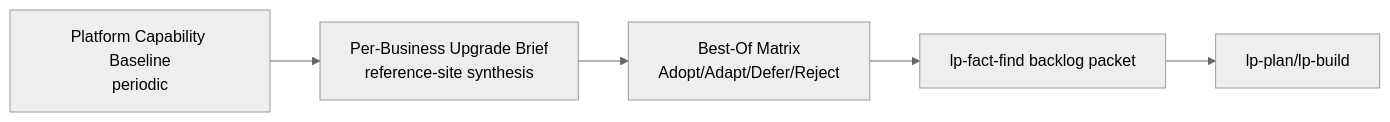
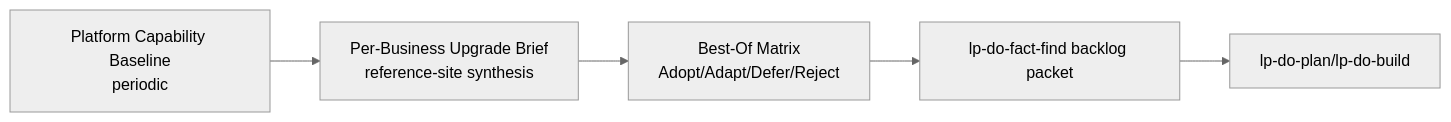
The second of 2 diagrams in docs/business-os/startup-loop-workflow.user.md (PeterCowling/base-shop), drawn with Mermaid (neutral theme) before and after one commit. The commit also changed other lines of this file and 581 other files, not shown here.

````diff
--- a/docs/business-os/startup-loop-workflow.user.md
+++ b/docs/business-os/startup-loop-workflow.user.md
@@ -298,7 +298,7 @@
 ```mermaid
 flowchart LR
     P[Platform Capability Baseline\nperiodic] --> U[Per-Business Upgrade Brief\nreference-site synthesis]
     U --> M[Best-Of Matrix\nAdopt/Adapt/Defer/Reject]
-    M --> Q[lp-fact-find backlog packet]
-    Q --> R[lp-plan/lp-build]
+    M --> Q[lp-do-fact-find backlog packet]
+    Q --> R[lp-do-plan/lp-do-build]
 ```
````
